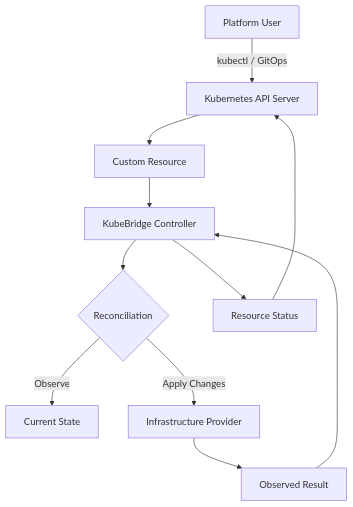
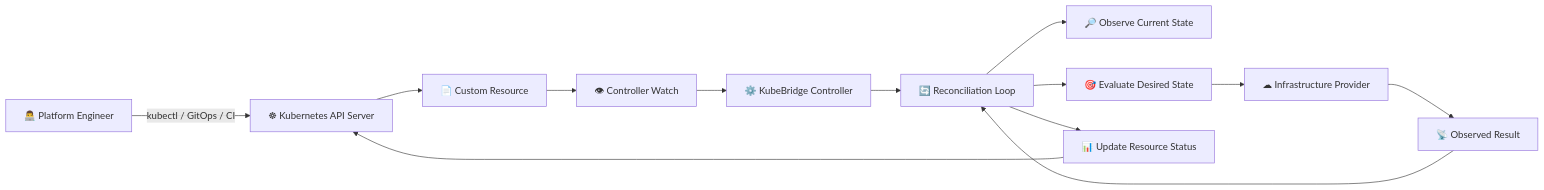
The first of 2 diagrams in README.md (KandakatlaChandramouli/Kubebridge), drawn with Mermaid before and after one commit. The commit also changed other lines of this file, not shown here.

````diff
--- a/README.md
+++ b/README.md
@@ -174,18 +99,22 @@
 ```mermaid
-flowchart TD
-    U[Platform User] -->|kubectl / GitOps| A[Kubernetes API Server]
+flowchart LR
+    User["👨‍💻 Platform Engineer"] -->|kubectl / GitOps / CI| API["☸ Kubernetes API Server"]
 
-    A --> R[Custom Resource]
-    R --> C[KubeBridge Controller]
+    API --> CR["📄 Custom Resource"]
+    CR --> Watch["👁 Controller Watch"]
 
-    C --> D{Reconciliation}
+    Watch --> Controller["⚙️ KubeBridge Controller"]
 
-    D -->|Observe| O[Current State]
-    D -->|Apply Changes| I[Infrastructure Provider]
+    Controller --> Reconcile["🔄 Reconciliation Loop"]
 
-    I --> S[Observed Result]
-    S --> C
+    Reconcile --> Observe["🔎 Observe Current State"]
+    Reconcile --> Desired["🎯 Evaluate Desired State"]
 
-    C --> ST[Resource Status]
-    ST --> A
+    Desired --> Provider["☁ Infrastructure Provider"]
+    Provider --> Result["📡 Observed Result"]
+
+    Result --> Reconcile
+
+    Reconcile --> Status["📊 Update Resource Status"]
+    Status --> API
 ```
````
